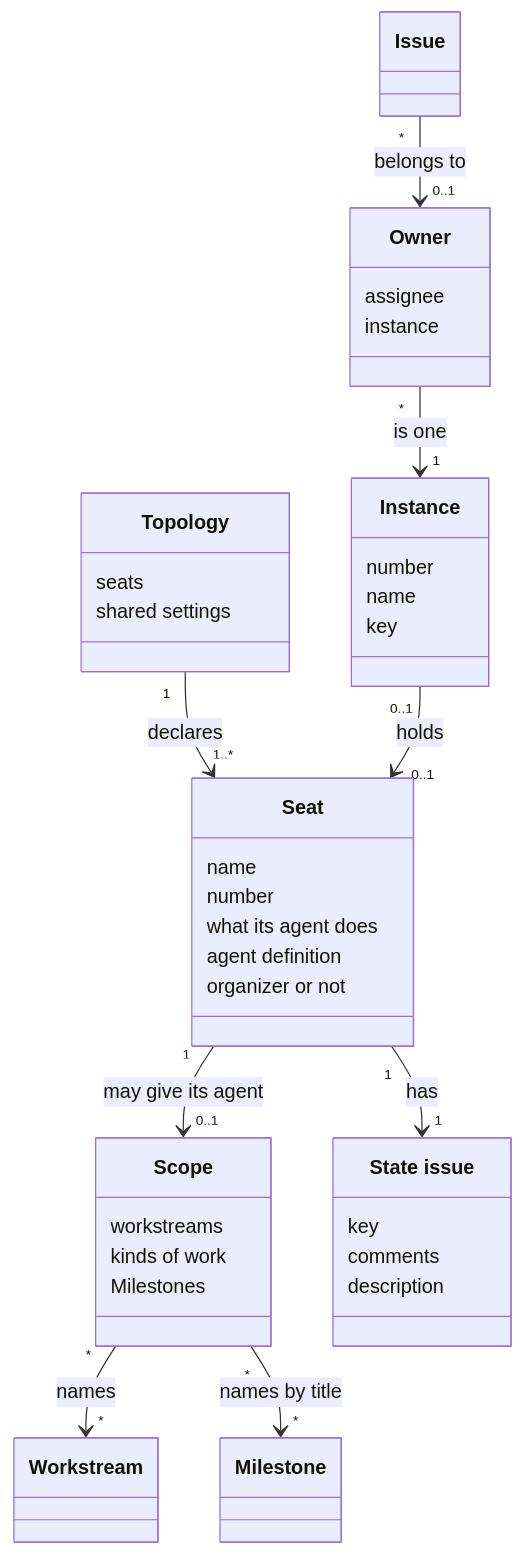
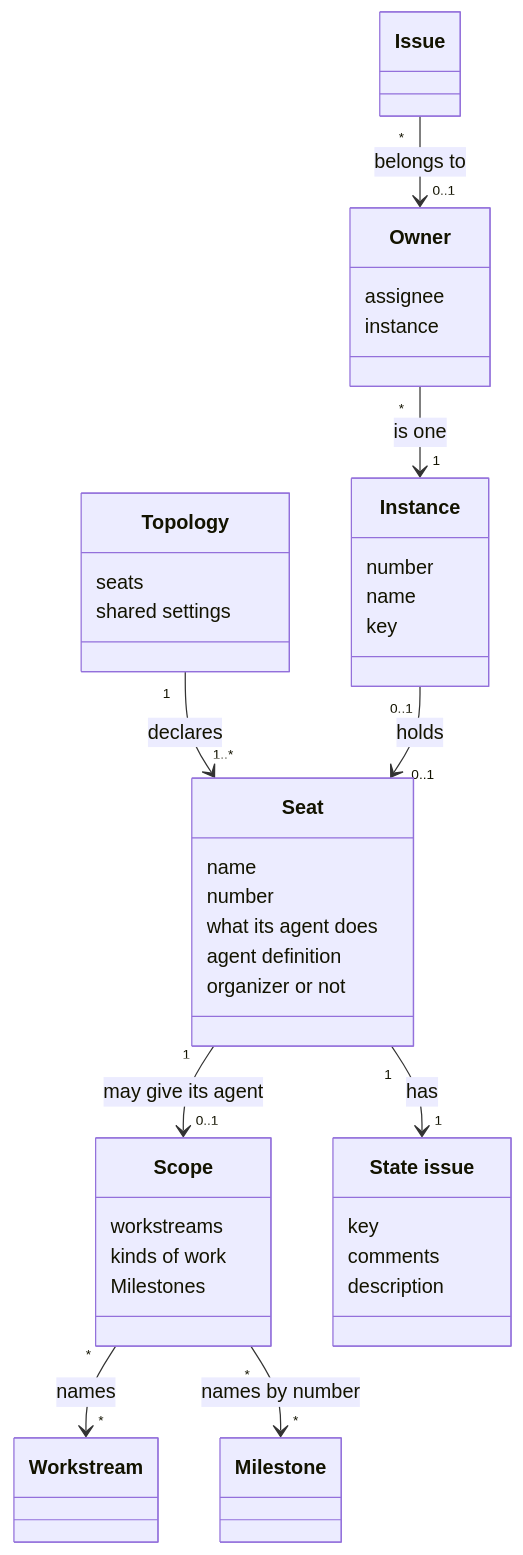
One commit to aleskalfas/project-kit changed the first of 3 diagrams in tech-docs/analysis/project-management/domain-model/060-parallel-work.md. Above: the diagram before and after it, drawn with Mermaid. The commit also changed other lines of this file and 4 other files, not shown here.

First line of the commit message:
docs(project-management): a scope names milestones by number

````diff
--- a/tech-docs/analysis/project-management/domain-model/060-parallel-work.md
+++ b/tech-docs/analysis/project-management/domain-model/060-parallel-work.md
@@ -39,46 +39,46 @@
 ```mermaid
 classDiagram
   accTitle: Parallel work
   accDescr: A topology declares seats, and the settings the seats share. A seat may give the seat's agent a scope, which names workstreams, kinds of work and Milestones. A seat has one state issue, keyed by the seat's name. An instance holds at most one seat, and takes the seat's name and number. An issue belongs to at most one owner, which is one instance, paired with the issue's assignee.
   class Topology {
     seats
     shared settings
   }
   class Seat {
     name
     number
     what its agent does
     agent definition
     organizer or not
   }
   class Scope {
     workstreams
     kinds of work
     Milestones
   }
   class Instance {
     number
     name
     key
   }
   class Owner {
     assignee
     instance
   }
   class StateIssue["State issue"] {
     key
     comments
     description
   }
   class Workstream
   class Milestone
   class Issue
   Topology "1" --> "1..*" Seat : declares
   Seat "1" --> "0..1" Scope : may give its agent
   Seat "1" --> "1" StateIssue : has
   Instance "0..1" --> "0..1" Seat : holds
   Scope "*" --> "*" Workstream : names
-  Scope "*" --> "*" Milestone : names by title
+  Scope "*" --> "*" Milestone : names by number
   Owner "*" --> "1" Instance : is one
   Issue "*" --> "0..1" Owner : belongs to
 ```
````
